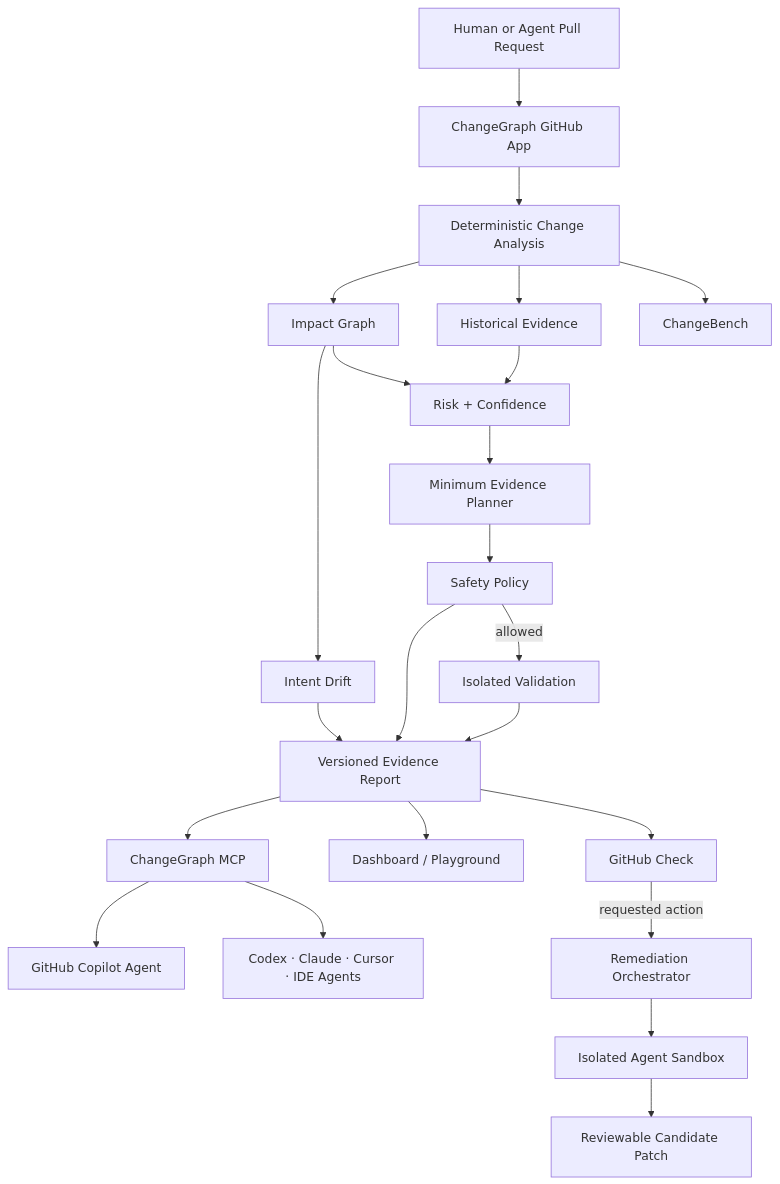
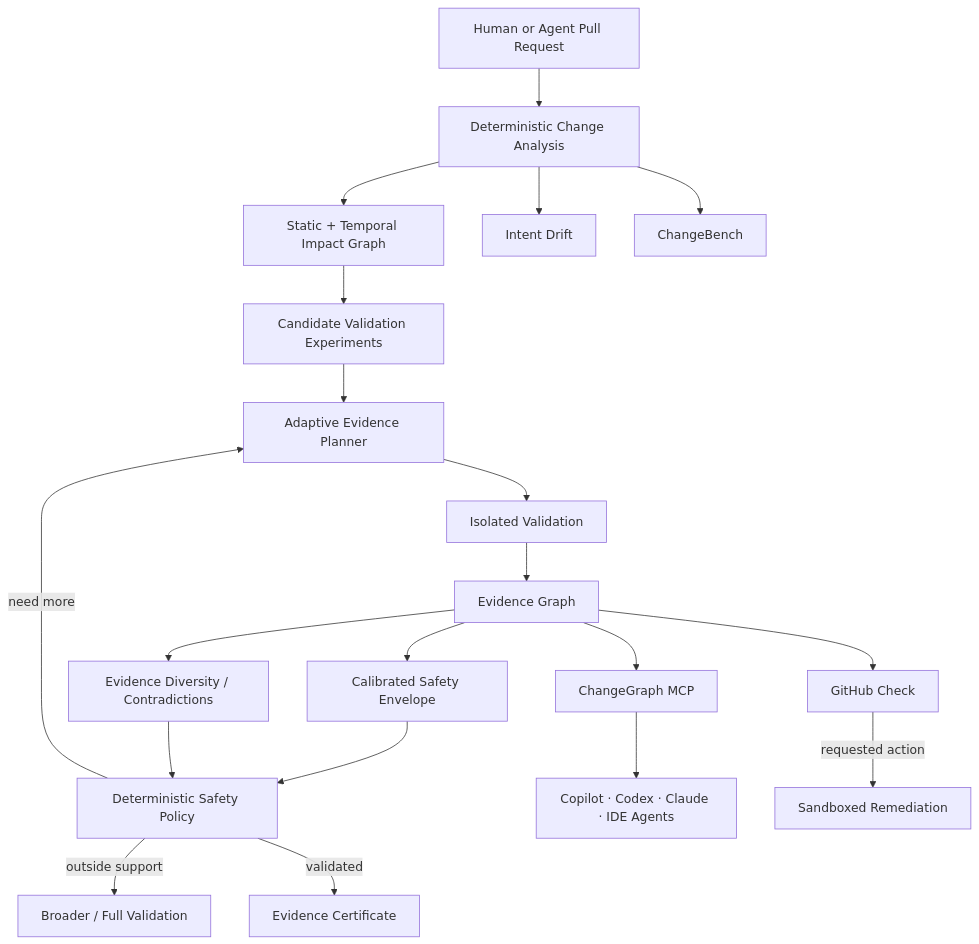
Before and after one commit to RealBhupesh/changegraph: the diagram in README.md, drawn with Mermaid. The commit also changed other lines of this file and 6 other files, not shown here.

````diff
--- a/README.md
+++ b/README.md
@@ -117,25 +243,22 @@
 ```mermaid
 flowchart TD
-    PR[Human or Agent Pull Request] --> APP[ChangeGraph GitHub App]
-    APP --> CORE[Deterministic Change Analysis]
-    CORE --> GRAPH[Impact Graph]
-    CORE --> HIST[Historical Evidence]
-    GRAPH --> RISK[Risk + Confidence]
-    HIST --> RISK
-    GRAPH --> DRIFT[Intent Drift]
-    RISK --> EVIDENCE[Minimum Evidence Planner]
-    DRIFT --> REPORT[Versioned Evidence Report]
-    EVIDENCE --> POLICY[Safety Policy]
-    POLICY --> REPORT
-    POLICY -->|allowed| TESTS[Isolated Validation]
-    TESTS --> REPORT
-    REPORT --> CHECK[GitHub Check]
-    REPORT --> DASH[Dashboard / Playground]
-    REPORT --> MCP[ChangeGraph MCP]
-    MCP --> COPILOT[GitHub Copilot Agent]
-    MCP --> OTHER[Codex · Claude · Cursor · IDE Agents]
-    CHECK -->|requested action| REMED[Remediation Orchestrator]
-    REMED --> SBX[Isolated Agent Sandbox]
-    SBX --> PATCH[Reviewable Candidate Patch]
+    PR[Human or Agent Pull Request] --> CORE[Deterministic Change Analysis]
+    CORE --> GRAPH[Static + Temporal Impact Graph]
+    CORE --> INTENT[Intent Drift]
+    GRAPH --> EXP[Candidate Validation Experiments]
+    EXP --> PLAN[Adaptive Evidence Planner]
+    PLAN --> EXEC[Isolated Validation]
+    EXEC --> EVID[Evidence Graph]
+    EVID --> CAL[Calibrated Safety Envelope]
+    EVID --> DIV[Evidence Diversity / Contradictions]
+    CAL --> POLICY[Deterministic Safety Policy]
+    DIV --> POLICY
+    POLICY -->|need more| PLAN
+    POLICY -->|outside support| FULL[Broader / Full Validation]
+    POLICY -->|validated| CERT[Evidence Certificate]
+    EVID --> CHECK[GitHub Check]
+    EVID --> MCP[ChangeGraph MCP]
+    MCP --> AGENTS[Copilot · Codex · Claude · IDE Agents]
+    CHECK -->|requested action| REMED[Sandboxed Remediation]
     CORE --> BENCH[ChangeBench]
 ```
````
